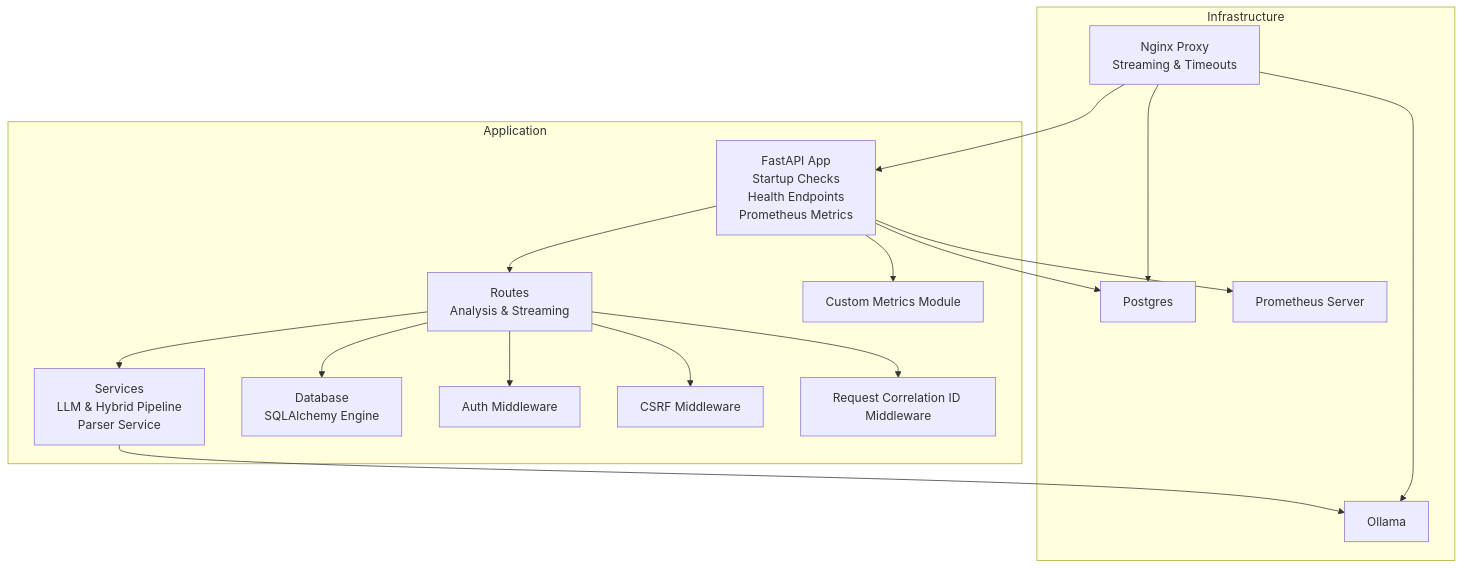
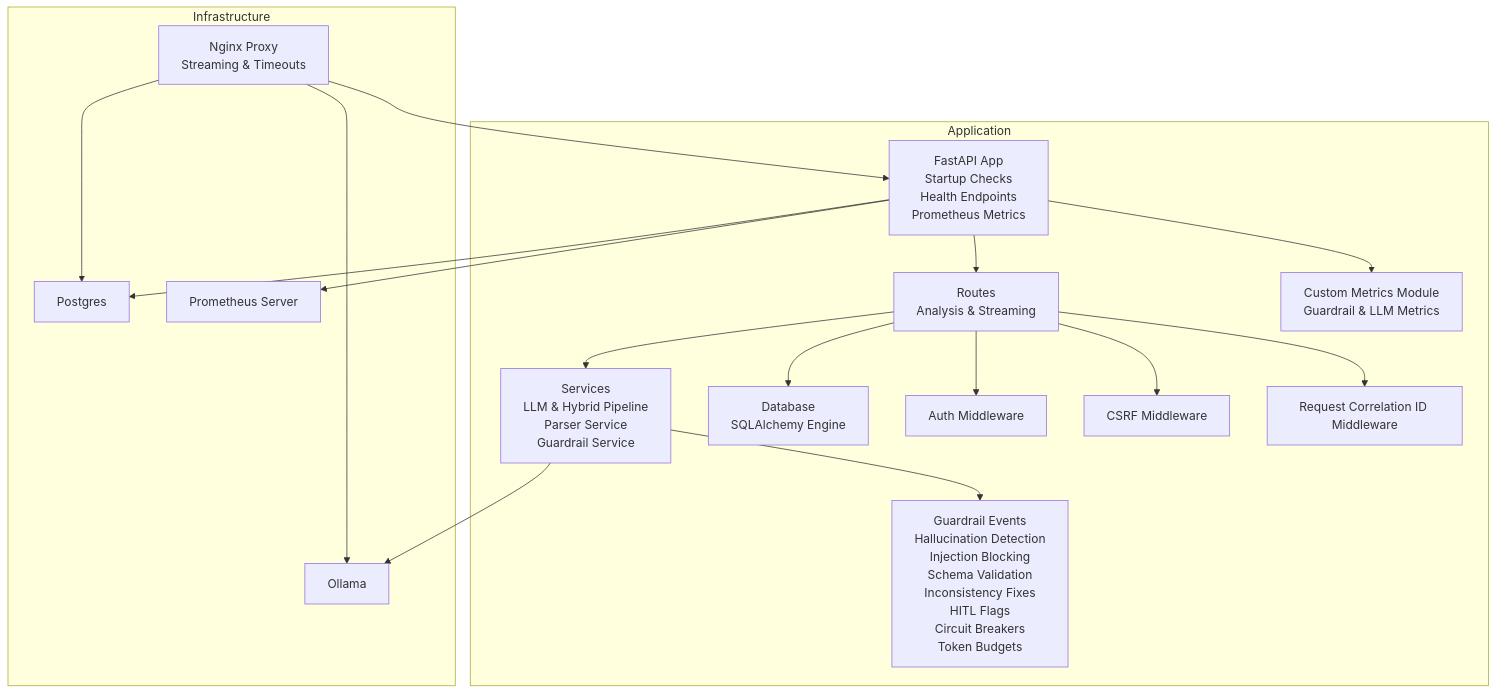
The first of 4 diagrams in .qoder/repowiki/en/content/Deployment & DevOps/Monitoring & Logging.md (Revanththetalogics/aireume), drawn with Mermaid before and after one commit. The commit also changed other lines of this file and 21 other files, not shown here.

````diff
--- a/.qoder/repowiki/en/content/Deployment & DevOps/Monitoring & Logging.md
+++ b/.qoder/repowiki/en/content/Deployment & DevOps/Monitoring & Logging.md
@@ -58,32 +66,34 @@
 ```mermaid
 graph TB
 subgraph "Application"
 M["FastAPI App<br/>Startup Checks<br/>Health Endpoints<br/>Prometheus Metrics"]
 R["Routes<br/>Analysis & Streaming"]
-S["Services<br/>LLM & Hybrid Pipeline<br/>Parser Service"]
+S["Services<br/>LLM & Hybrid Pipeline<br/>Parser Service<br/>Guardrail Service"]
 D["Database<br/>SQLAlchemy Engine"]
 A["Auth Middleware"]
 CSRF["CSRF Middleware"]
 CORR["Request Correlation ID Middleware"]
-METRICS["Custom Metrics Module"]
+METRICS["Custom Metrics Module<br/>Guardrail & LLM Metrics"]
+GR["Guardrail Events<br/>Hallucination Detection<br/>Injection Blocking<br/>Schema Validation<br/>Inconsistency Fixes<br/>HITL Flags<br/>Circuit Breakers<br/>Token Budgets"]
 end
 subgraph "Infrastructure"
 NGINX["Nginx Proxy<br/>Streaming & Timeouts"]
 PG["Postgres"]
 OLL["Ollama"]
 PROM["Prometheus Server"]
 end
 M --> R
 R --> S
 R --> D
 R --> A
 R --> CSRF
 R --> CORR
+S --> GR
 S --> OLL
 M --> PG
 M --> METRICS
 M --> PROM
 NGINX --> M
 NGINX --> OLL
 NGINX --> PG
 ```
````
